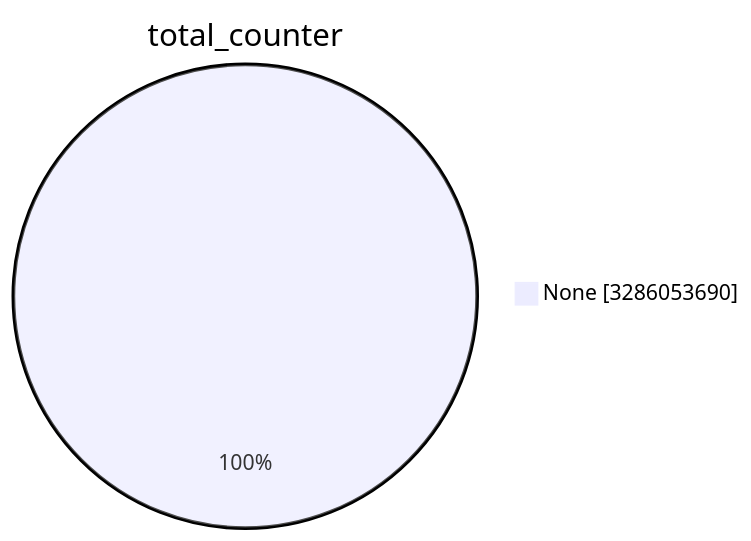
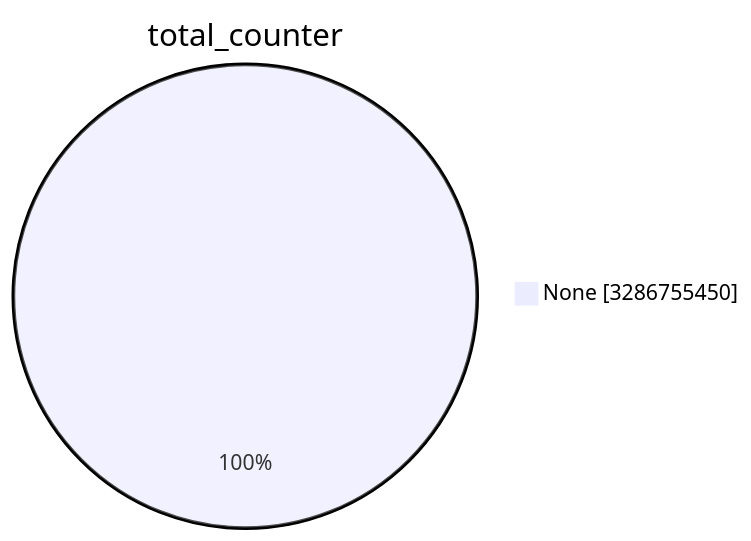
Before and after one commit to christiankrug/ctmonitor_visualization: the first of 15 diagrams in TOTAL/README.md, drawn with Mermaid. The commit also changed other lines of this file, not shown here.

````diff
--- a/TOTAL/README.md
+++ b/TOTAL/README.md
@@ -1,5 +1,5 @@
 ```mermaid
 pie showData
 title total_counter
-"None" :3286053690
+"None" :3286755450
 ```
````
